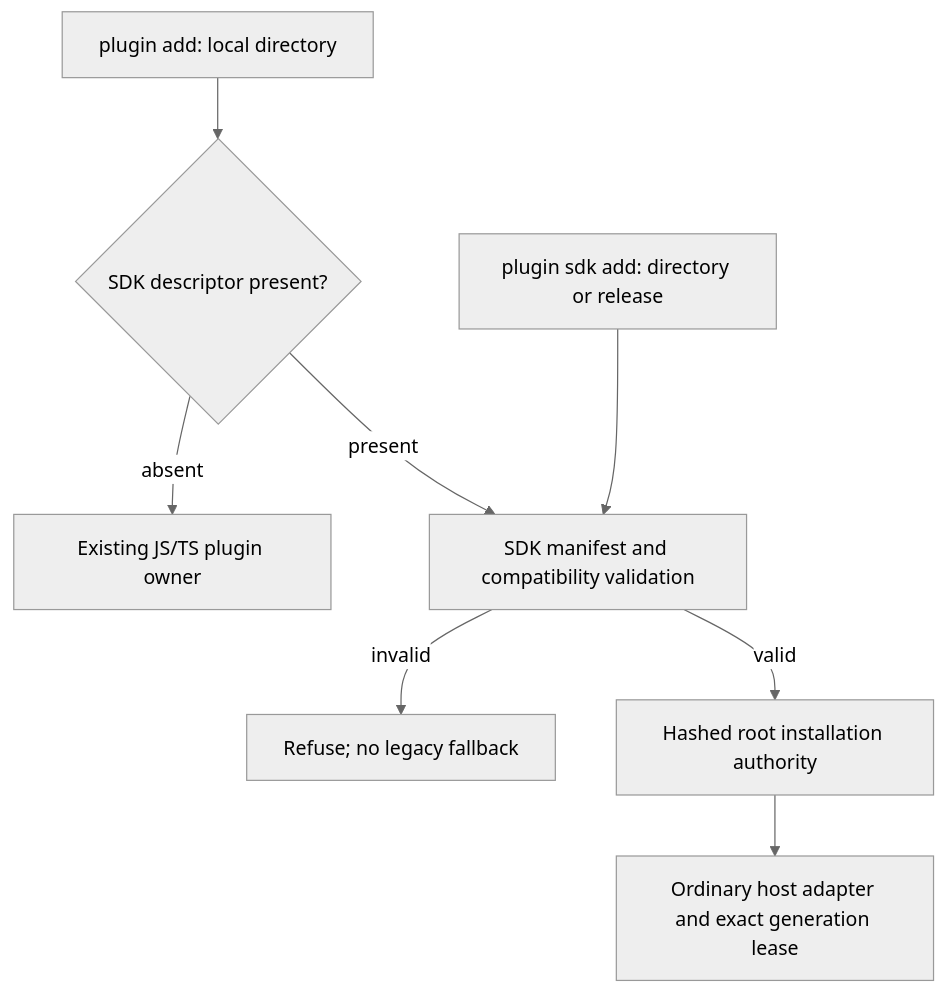
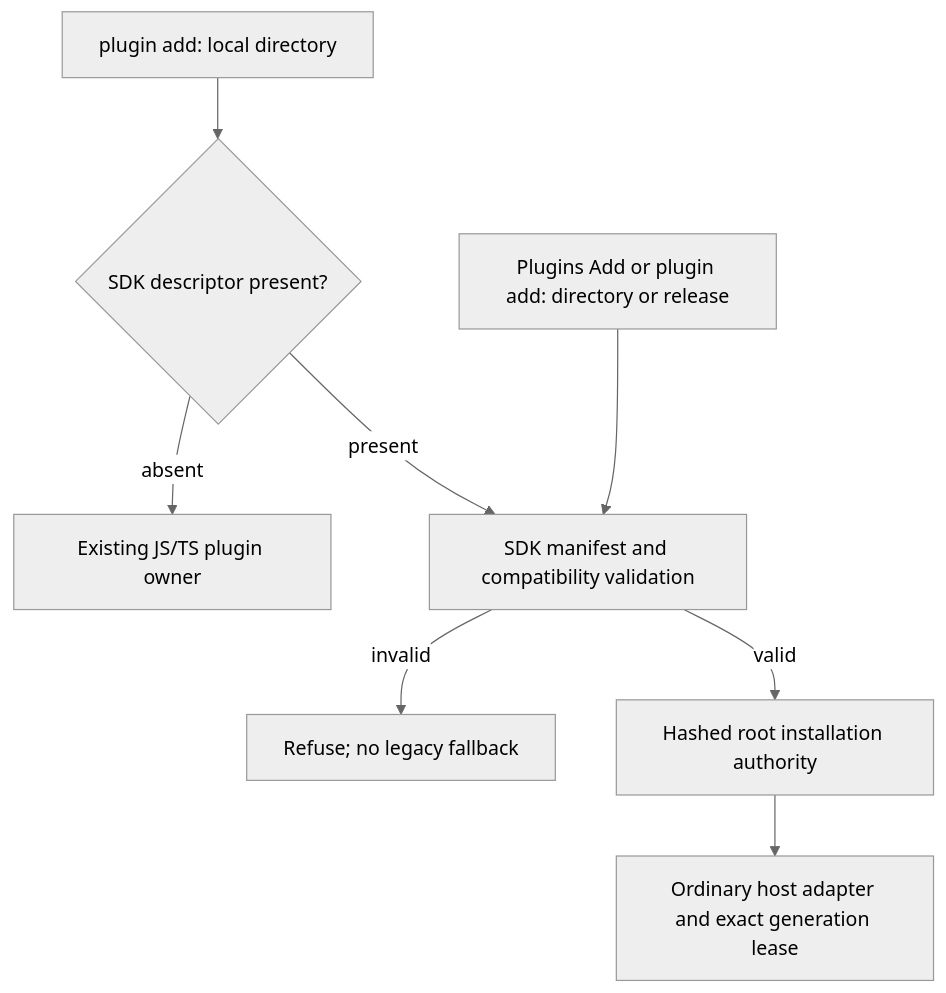
The first of 2 diagrams in docs/subsystems/executable-extensions.md (TransmuteLabs/magpie), drawn with Mermaid (neutral theme) before and after one commit. The commit also changed other lines of this file and 18 other files, not shown here.

First line of the commit message:
Make SDK packages use ordinary plugin installation and updates

````diff
--- a/docs/subsystems/executable-extensions.md
+++ b/docs/subsystems/executable-extensions.md
@@ -97,10 +97,10 @@
 ```mermaid
 flowchart TD
     Local["plugin add: local directory"] --> Descriptor{"SDK descriptor present?"}
     Descriptor -->|absent| Legacy["Existing JS/TS plugin owner"]
     Descriptor -->|present| Validate["SDK manifest and compatibility validation"]
-    Explicit["plugin sdk add: directory or release"] --> Validate
+    Explicit["Plugins Add or plugin add: directory or release"] --> Validate
     Validate -->|invalid| Refuse["Refuse; no legacy fallback"]
     Validate -->|valid| Catalog["Hashed root installation authority"]
     Catalog --> Adapter["Ordinary host adapter and exact generation lease"]
 ```
````
